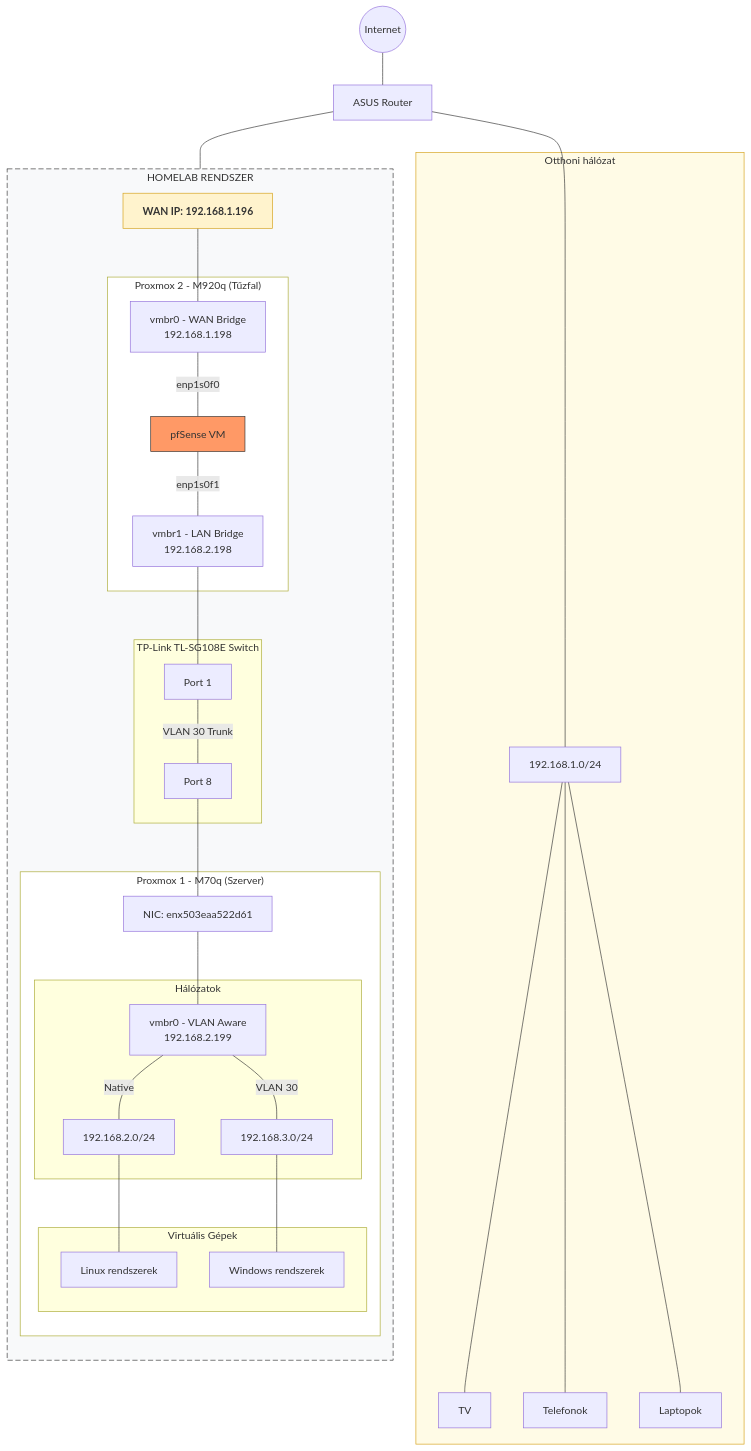
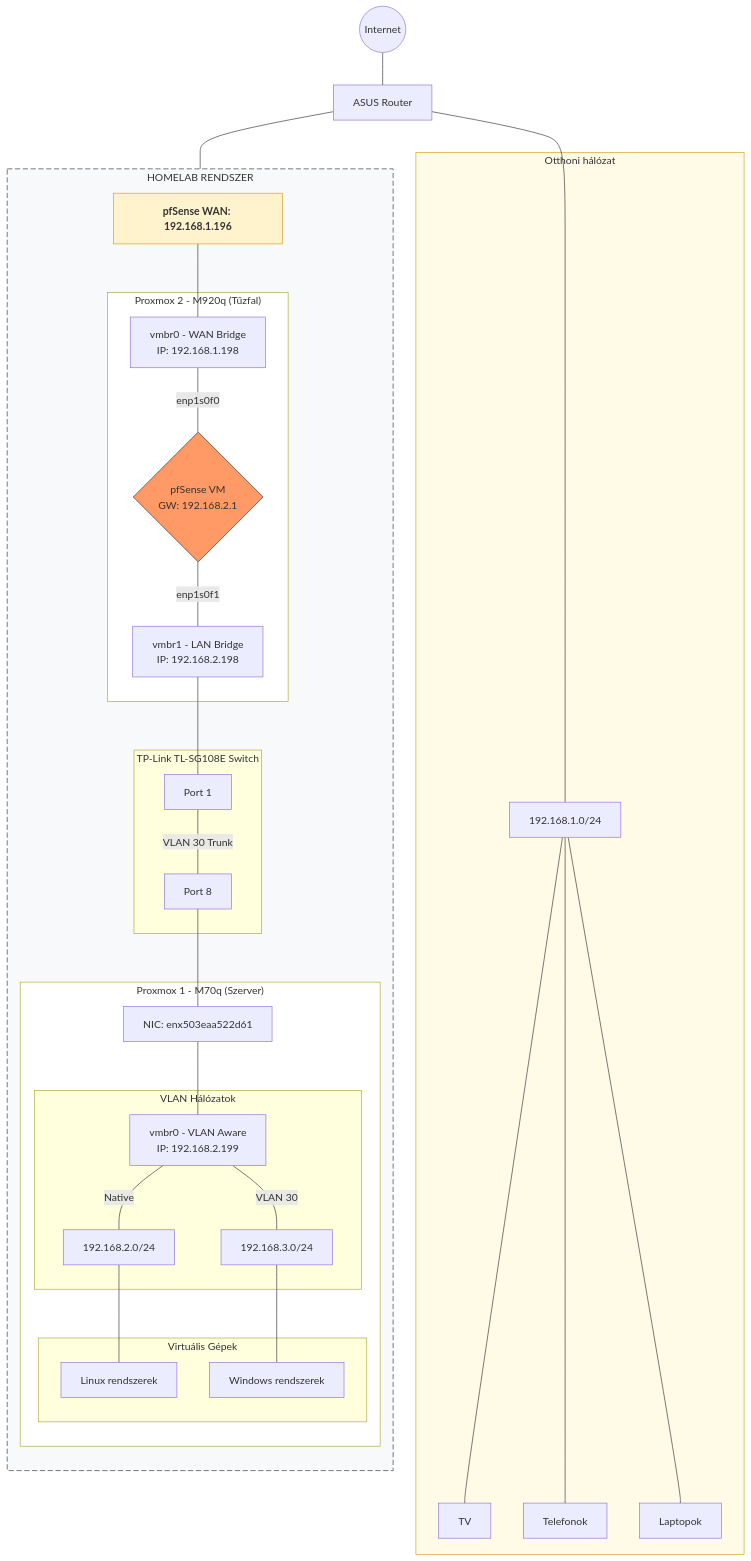
The diagram in 00-Homelab_Hardware/proba.md (torokrolf/homelab), drawn with Mermaid before and after one commit.

````diff
--- a/00-Homelab_Hardware/proba.md
+++ b/00-Homelab_Hardware/proba.md
@@ -1,72 +1,72 @@
 ```mermaid
 graph TD
     %% Külső világ
     Internet((Internet)) --- Asus[ASUS Router]
 
-    %% Otthoni hálózat
+    %% Otthoni hálózat - külön szálon, hogy ne zavarjon semmit
     subgraph Home_Net ["Otthoni hálózat"]
         Subnet["192.168.1.0/24"]
         TV["TV"]
         Phone["Telefonok"]
         Laptop["Laptopok"]
     end
     Asus --- Subnet
     Subnet --- TV
     Subnet --- Phone
     Subnet --- Laptop
 
-    %% A belépési pont a pfSense-hez
-    Entry_IP["WAN IP: 192.168.1.196"]
+    %% A Homelab kapuja (pfSense WAN)
+    Entry_IP["pfSense WAN: 192.168.1.196"]
     Asus --- Entry_IP
 
-    %% HOMELAB rendszer
+    %% TELJES HOMELAB
     subgraph Homelab_System ["HOMELAB RENDSZER"]
         direction TB
 
-        %% Node2 - M920q
+        %% Node2 - Itt lakik a pfSense
         subgraph Node2 ["Proxmox 2 - M920q (Tűzfal)"]
-            VMBR0_P2["vmbr0 - WAN Bridge <br/> 192.168.1.198"]
-            pfS["pfSense VM"]
-            VMBR1_P2["vmbr1 - LAN Bridge <br/> 192.168.2.198"]
+            P2_WAN["vmbr0 - WAN Bridge <br/> IP: 192.168.1.198"]
+            pfS{pfSense VM <br/> GW: 192.168.2.1}
+            P2_LAN["vmbr1 - LAN Bridge <br/> IP: 192.168.2.198"]
 
-            VMBR0_P2 -- "enp1s0f0" --- pfS
-            pfS -- "enp1s0f1" --- VMBR1_P2
+            P2_WAN -- "enp1s0f0" --- pfS
+            pfS -- "enp1s0f1" --- P2_LAN
         end
 
-        Entry_IP --- VMBR0_P2
+        Entry_IP --- P2_WAN
 
-        %% Switch
+        %% Fizikai Switch
         subgraph Switch ["TP-Link TL-SG108E Switch"]
             SW_P1[Port 1] -- "VLAN 30 Trunk" --- SW_P8[Port 8]
         end
 
-        VMBR1_P2 --- SW_P1
+        P2_LAN --- SW_P1
         SW_P8 --- P1_NIC
 
-        %% Node1 - M70q
+        %% Node1 - Itt laknak a szerverek
         subgraph Node1 ["Proxmox 1 - M70q (Szerver)"]
             P1_NIC["NIC: enx503eaa522d61"]
-            P1_Bridge["vmbr0 - VLAN Aware <br/> 192.168.2.199"]
+            P1_Bridge["vmbr0 - VLAN Aware <br/> IP: 192.168.2.199"]
 
             P1_NIC --- P1_Bridge
 
-            subgraph Subnets ["Hálózatok"]
+            subgraph Subnets ["VLAN Hálózatok"]
                 P1_Bridge -- "Native" --- LAN2["192.168.2.0/24"]
                 P1_Bridge -- "VLAN 30" --- VLAN3["192.168.3.0/24"]
             end
 
             subgraph VMs ["Virtuális Gépek"]
                 LAN2 --- Linux["Linux rendszerek"]
                 VLAN3 --- Windows["Windows rendszerek"]
             end
         end
     end
 
-    %% Stílusok
+    %% Stílusok a tiszta képért
     style Home_Net fill:#fffbe6,stroke:#d4a017
     style Entry_IP fill:#fff3cd,stroke:#d4a017,font-weight:bold
     style pfS fill:#f96,stroke:#333
     style Homelab_System fill:#f8f9fa,stroke:#333,stroke-dasharray: 8 4
     style Node1 fill:#fff
     style Node2 fill:#fff
 ```
````
